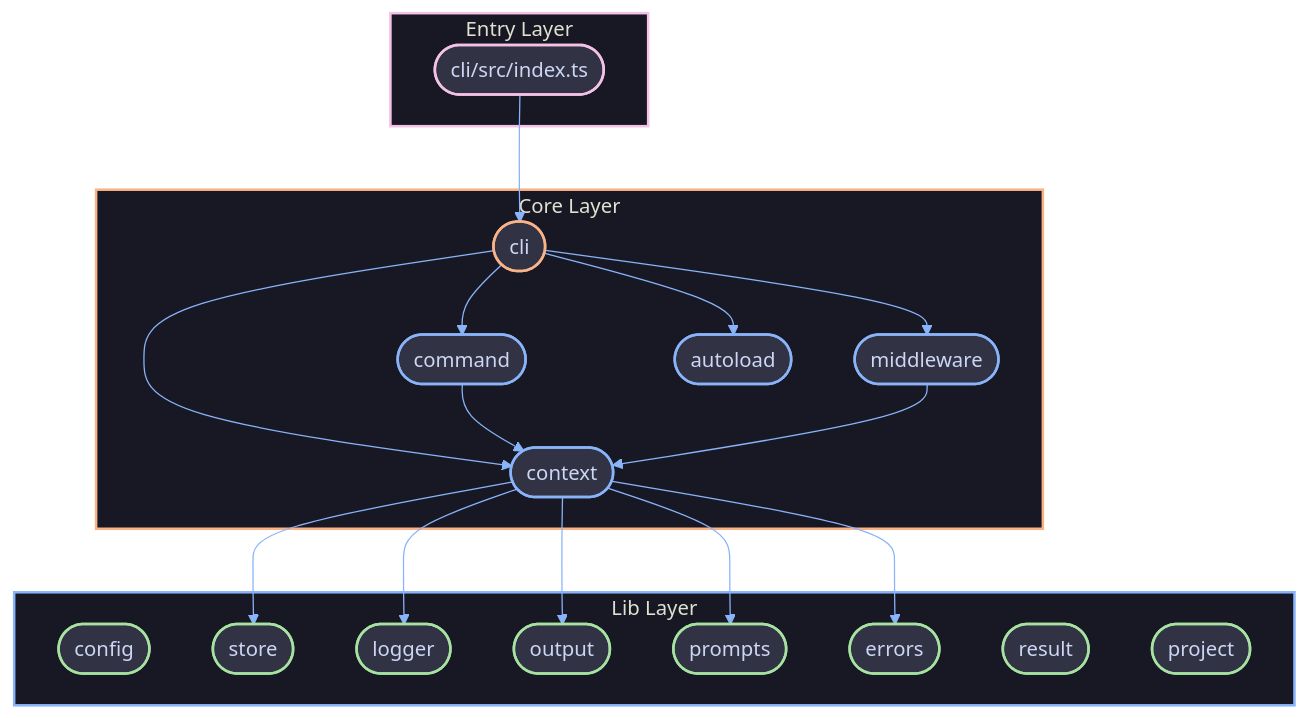
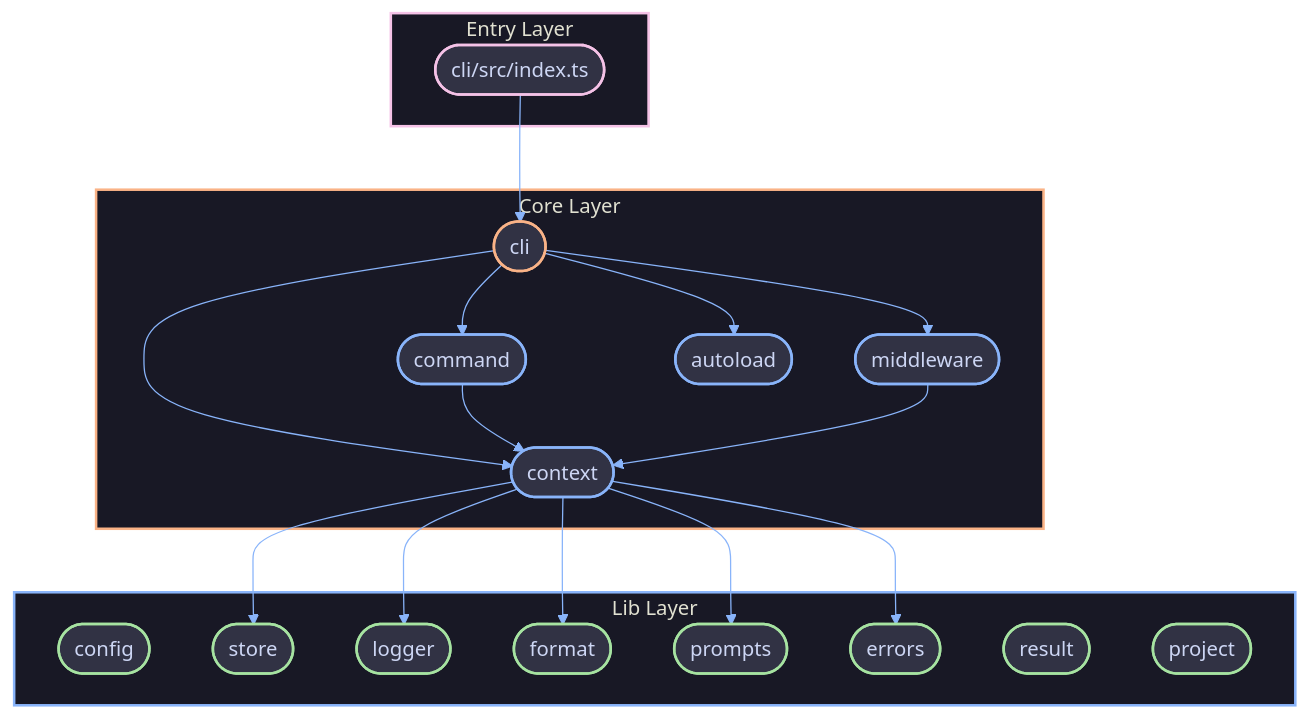
One commit to joggrdocs/kidd changed the first of 2 diagrams in contributing/concepts/architecture.md. Above: the diagram before and after it, drawn with Mermaid. The commit also changed other lines of this file and 64 other files, not shown here.

First line of the commit message:
feat(packages/core): redesign output API with ctx.format and styled logger methods

````diff
--- a/contributing/concepts/architecture.md
+++ b/contributing/concepts/architecture.md
@@ -32,60 +32,60 @@
 ```mermaid
 %%{init: {
   'theme': 'base',
   'themeVariables': {
     'primaryColor': '#313244',
     'primaryTextColor': '#cdd6f4',
     'primaryBorderColor': '#6c7086',
     'lineColor': '#89b4fa',
     'secondaryColor': '#45475a',
     'tertiaryColor': '#1e1e2e',
     'background': '#1e1e2e',
     'mainBkg': '#313244',
     'clusterBkg': '#1e1e2e',
     'clusterBorder': '#45475a'
   },
   'flowchart': { 'curve': 'basis', 'padding': 15 }
 }}%%
 flowchart TB
     subgraph entry ["Entry Layer"]
         INDEX(["cli/src/index.ts"])
     end
 
     subgraph core ["Core Layer"]
         CLICORE(["cli"])
         CMD(["command"])
         MW(["middleware"])
         AUTO(["autoload"])
         CTX(["context"])
     end
 
     subgraph lib ["Lib Layer"]
         CONFIG(["config"])
         STORE(["store"])
         LOGGER(["logger"])
-        OUTPUT(["output"])
+        FORMAT(["format"])
         PROMPTS(["prompts"])
         ERRORS(["errors"])
         RESULT(["result"])
         PROJECT(["project"])
     end
 
     INDEX --> CLICORE
     CLICORE --> CMD & MW & AUTO & CTX
-    CTX --> LOGGER & STORE & OUTPUT & PROMPTS & ERRORS
+    CTX --> LOGGER & STORE & FORMAT & PROMPTS & ERRORS
     CMD & MW --> CTX
 
     classDef core fill:#313244,stroke:#89b4fa,stroke-width:2px,color:#cdd6f4
     classDef gateway fill:#313244,stroke:#fab387,stroke-width:2px,color:#cdd6f4
     classDef agent fill:#313244,stroke:#a6e3a1,stroke-width:2px,color:#cdd6f4
     classDef external fill:#313244,stroke:#f5c2e7,stroke-width:2px,color:#cdd6f4
 
     class INDEX external
     class CLICORE gateway
     class CMD,MW,AUTO,CTX core
-    class CONFIG,STORE,LOGGER,OUTPUT,PROMPTS,ERRORS,RESULT,PROJECT agent
+    class CONFIG,STORE,LOGGER,FORMAT,PROMPTS,ERRORS,RESULT,PROJECT agent
 
     style entry fill:#181825,stroke:#f5c2e7,stroke-width:2px
     style core fill:#181825,stroke:#fab387,stroke-width:2px
     style lib fill:#181825,stroke:#89b4fa,stroke-width:2px
 ```
````
